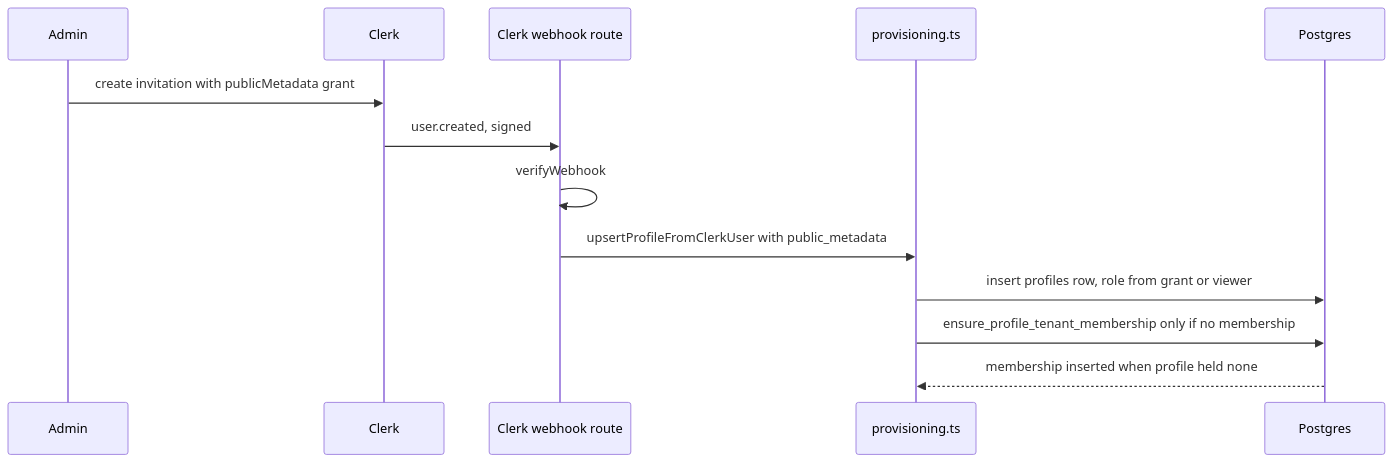
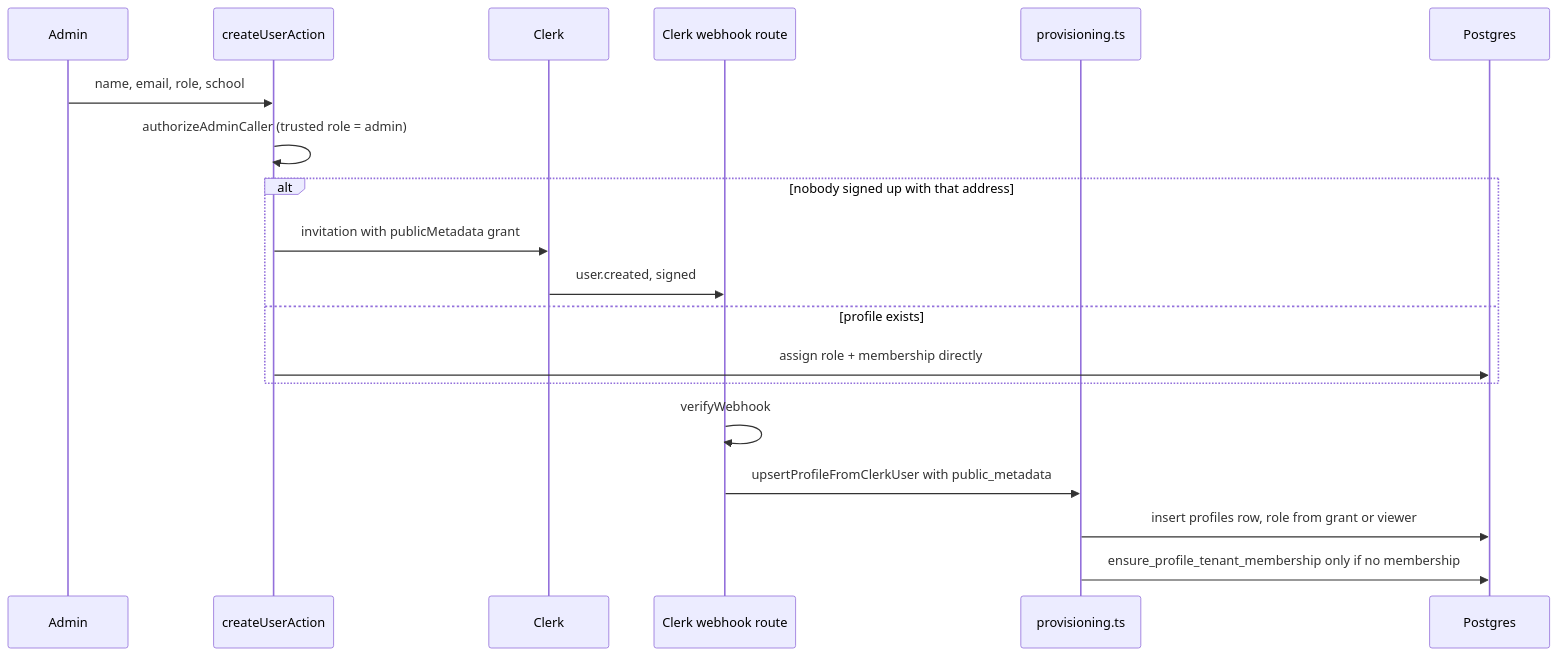
One commit to shuakyle21/tesda-compliance-manager changed the second of 2 diagrams in openwiki/modules/auth-and-provisioning.md. Above: the diagram before and after it, drawn with Mermaid. The commit also changed other lines of this file and 48 other files, not shown here.

````diff
--- a/openwiki/modules/auth-and-provisioning.md
+++ b/openwiki/modules/auth-and-provisioning.md
@@ -164,15 +287,21 @@
 ```mermaid
 sequenceDiagram
     participant Admin
+    participant Action as createUserAction
     participant Clerk
     participant Hook as Clerk webhook route
     participant Prov as provisioning.ts
     participant DB as Postgres
-    Admin->>Clerk: create invitation with publicMetadata grant
-    Clerk->>Hook: user.created, signed
+    Admin->>Action: name, email, role, school
+    Action->>Action: authorizeAdminCaller (trusted role = admin)
+    alt nobody signed up with that address
+        Action->>Clerk: invitation with publicMetadata grant
+        Clerk->>Hook: user.created, signed
+    else profile exists
+        Action->>DB: assign role + membership directly
+    end
     Hook->>Hook: verifyWebhook
     Hook->>Prov: upsertProfileFromClerkUser with public_metadata
     Prov->>DB: insert profiles row, role from grant or viewer
     Prov->>DB: ensure_profile_tenant_membership only if no membership
-    DB-->>Prov: membership inserted when profile held none
 ```
````
